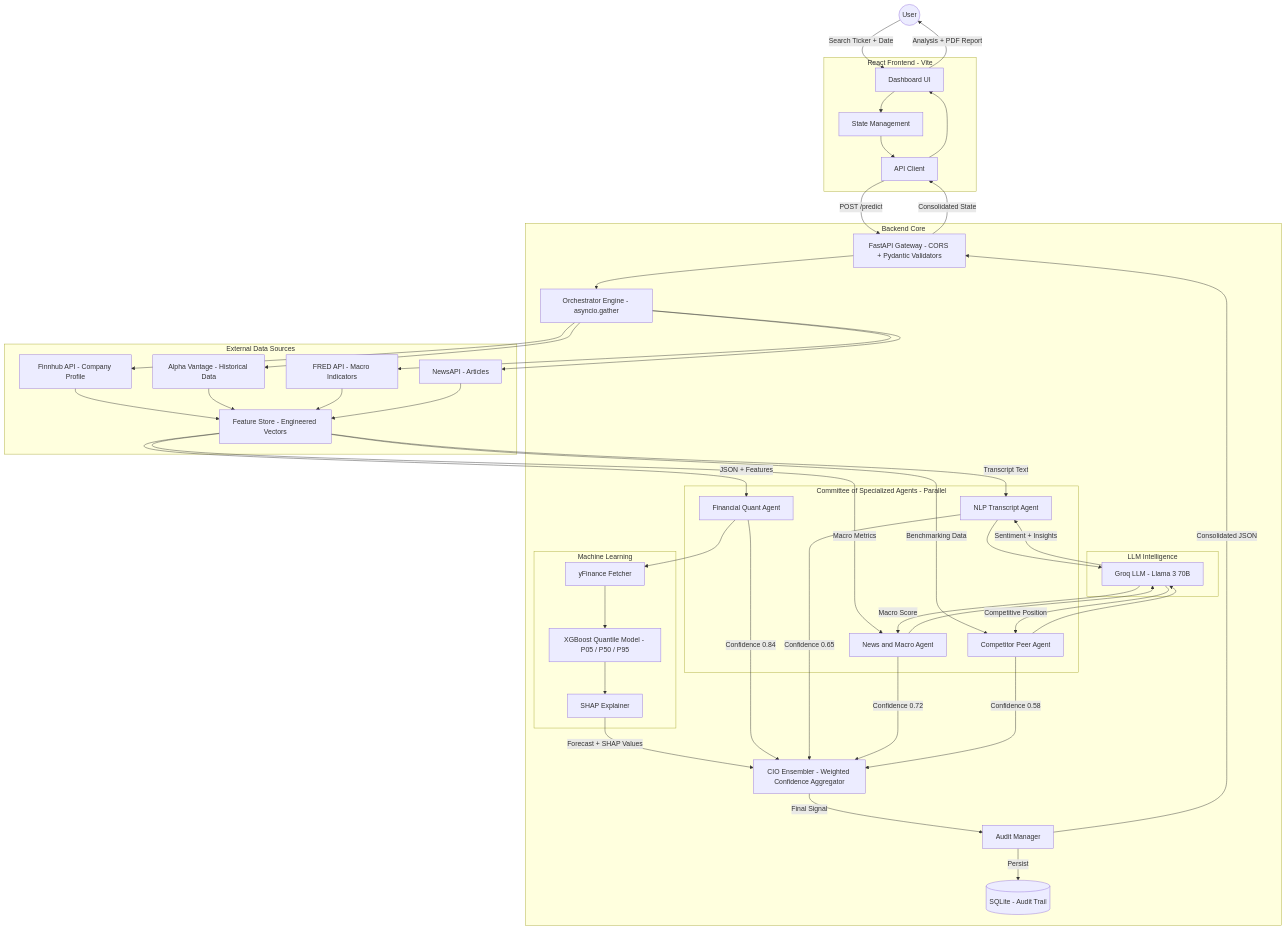
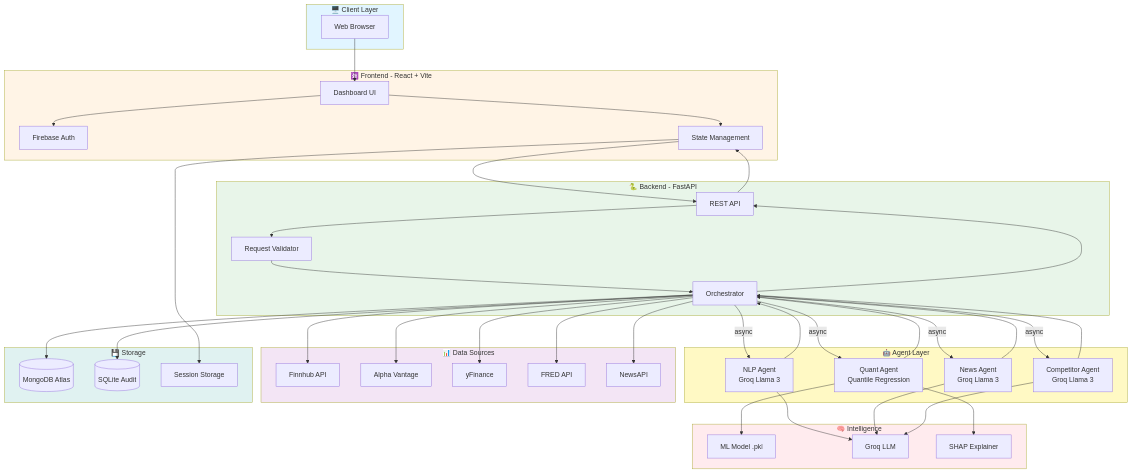
The second of 12 diagrams in README.md (simplysandeepp/FinSight-FlowChart), drawn with Mermaid before and after one commit. The commit also changed other lines of this file, not shown here.

````diff
--- a/README.md
+++ b/README.md
@@ -1,89 +193,89 @@
 ```mermaid
 graph TB
-    User((User))
-
-    subgraph Frontend["React Frontend - Vite"]
+    subgraph Client["🖥️ Client Layer"]
+        Browser[Web Browser]
+    end
+    
+    subgraph Frontend["⚛️ Frontend - React + Vite"]
         UI[Dashboard UI]
+        Auth[Firebase Auth]
         State[State Management]
-        APIClient[API Client]
     end
-
-    subgraph BackendCore["Backend Core"]
-        Gateway[FastAPI Gateway - CORS + Pydantic Validators]
-        Orchestrator[Orchestrator Engine - asyncio.gather]
-
-        subgraph CommitteeAgents["Committee of Specialized Agents - Parallel"]
-            QuantAgent[Financial Quant Agent]
-            NLPAgent[NLP Transcript Agent]
-            NewsAgent[News and Macro Agent]
-            CompAgent[Competitor Peer Agent]
-        end
-
-        subgraph MLLayer["Machine Learning"]
-            yFinance[yFinance Fetcher]
-            XGBoost[XGBoost Quantile Model - P05 / P50 / P95]
-            SHAP[SHAP Explainer]
-        end
-
-        subgraph LLMLayer["LLM Intelligence"]
-            Groq[Groq LLM - Llama 3 70B]
-        end
-
-        Ensembler[CIO Ensembler - Weighted Confidence Aggregator]
-        AuditManager[Audit Manager]
-        SQLite[(SQLite - Audit Trail)]
+    
+    subgraph Backend["🐍 Backend - FastAPI"]
+        API[REST API]
+        ORCH[Orchestrator]
+        Validator[Request Validator]
     end
-
-    subgraph DataSources["External Data Sources"]
-        Finnhub[Finnhub API - Company Profile]
-        AlphaV[Alpha Vantage - Historical Data]
-        FRED[FRED API - Macro Indicators]
-        NewsAPI[NewsAPI - Articles]
-        FeatureStore[Feature Store - Engineered Vectors]
+    
+    subgraph Agents["🤖 Agent Layer"]
+        NLP[NLP Agent<br/>Groq Llama 3]
+        Quant[Quant Agent<br/>Quantile Regression]
+        News[News Agent<br/>Groq Llama 3]
+        Comp[Competitor Agent<br/>Groq Llama 3]
     end
-
-    User -->|Search Ticker + Date| UI
+    
+    subgraph Data["📊 Data Sources"]
+        Finnhub[Finnhub API]
+        AlphaV[Alpha Vantage]
+        YFin[yFinance]
+        FRED[FRED API]
+        NewsAPI[NewsAPI]
+    end
+    
+    subgraph Intelligence["🧠 Intelligence"]
+        ML[ML Model .pkl]
+        LLM[Groq LLM]
+        SHAP[SHAP Explainer]
+    end
+    
+    subgraph Storage["💾 Storage"]
+        MongoDB[(MongoDB Atlas)]
+        SQLite[(SQLite Audit)]
+        Session[Session Storage]
+    end
+    
+    Browser --> UI
+    UI --> Auth
     UI --> State
-    State --> APIClient
-    APIClient -->|POST /predict| Gateway
-    Gateway --> Orchestrator
-
-    Orchestrator --> Finnhub
-    Orchestrator --> AlphaV
-    Orchestrator --> FRED
-    Orchestrator --> NewsAPI
-
-    Finnhub --> FeatureStore
-    AlphaV --> FeatureStore
-    FRED --> FeatureStore
-    NewsAPI --> FeatureStore
-
-    FeatureStore -->|JSON + Features| QuantAgent
-    FeatureStore -->|Transcript Text| NLPAgent
-    FeatureStore -->|Macro Metrics| NewsAgent
-    FeatureStore -->|Benchmarking Data| CompAgent
-
-    QuantAgent --> yFinance
-    yFinance --> XGBoost
-    XGBoost --> SHAP
-    SHAP -->|Forecast + SHAP Values| Ensembler
-
-    NLPAgent --> Groq
-    NewsAgent --> Groq
-    CompAgent --> Groq
-    Groq -->|Sentiment + Insights| NLPAgent
-    Groq -->|Macro Score| NewsAgent
-    Groq -->|Competitive Position| CompAgent
-
-    QuantAgent -->|Confidence 0.84| Ensembler
-    NLPAgent -->|Confidence 0.65| Ensembler
-    NewsAgent -->|Confidence 0.72| Ensembler
-    CompAgent -->|Confidence 0.58| Ensembler
-
-    Ensembler -->|Final Signal| AuditManager
-    AuditManager -->|Persist| SQLite
-    AuditManager -->|Consolidated JSON| Gateway
-    Gateway -->|Consolidated State| APIClient
-    APIClient --> UI
-    UI -->|Analysis + PDF Report| User
+    State --> API
+    
+    API --> Validator
+    Validator --> ORCH
+    
+    ORCH --> Finnhub
+    ORCH --> AlphaV
+    ORCH --> YFin
+    ORCH --> FRED
+    ORCH --> NewsAPI
+    
+    ORCH -->|async| NLP
+    ORCH -->|async| Quant
+    ORCH -->|async| News
+    ORCH -->|async| Comp
+    
+    NLP --> LLM
+    News --> LLM
+    Comp --> LLM
+    Quant --> ML
+    Quant --> SHAP
+    
+    NLP --> ORCH
+    Quant --> ORCH
+    News --> ORCH
+    Comp --> ORCH
+    
+    ORCH --> MongoDB
+    ORCH --> SQLite
+    ORCH --> API
+    API --> State
+    State --> Session
+    
+    style Client fill:#e1f5ff
+    style Frontend fill:#fff4e6
+    style Backend fill:#e8f5e9
+    style Agents fill:#fff9c4
+    style Data fill:#f3e5f5
+    style Intelligence fill:#ffebee
+    style Storage fill:#e0f2f1
 ```
````
